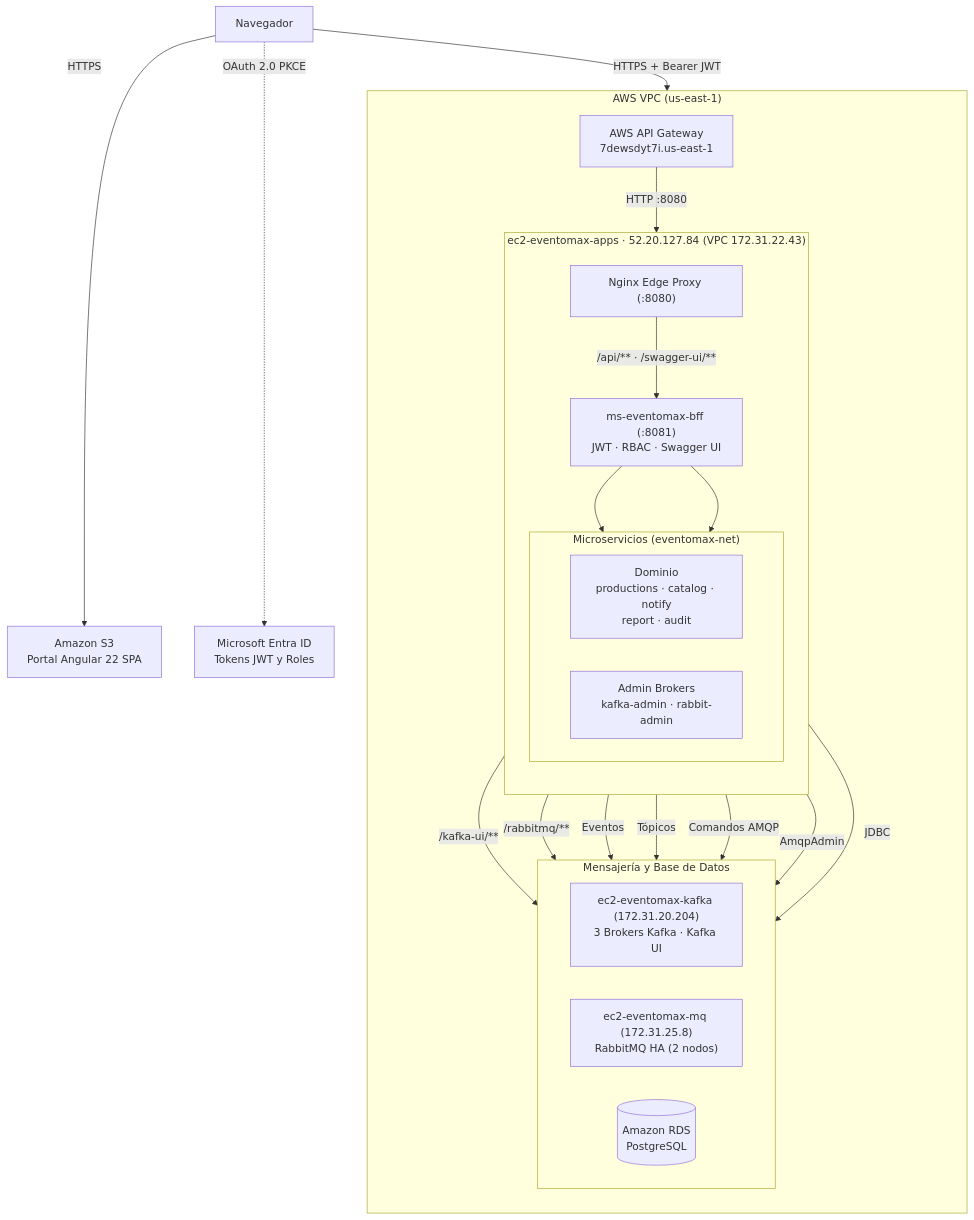
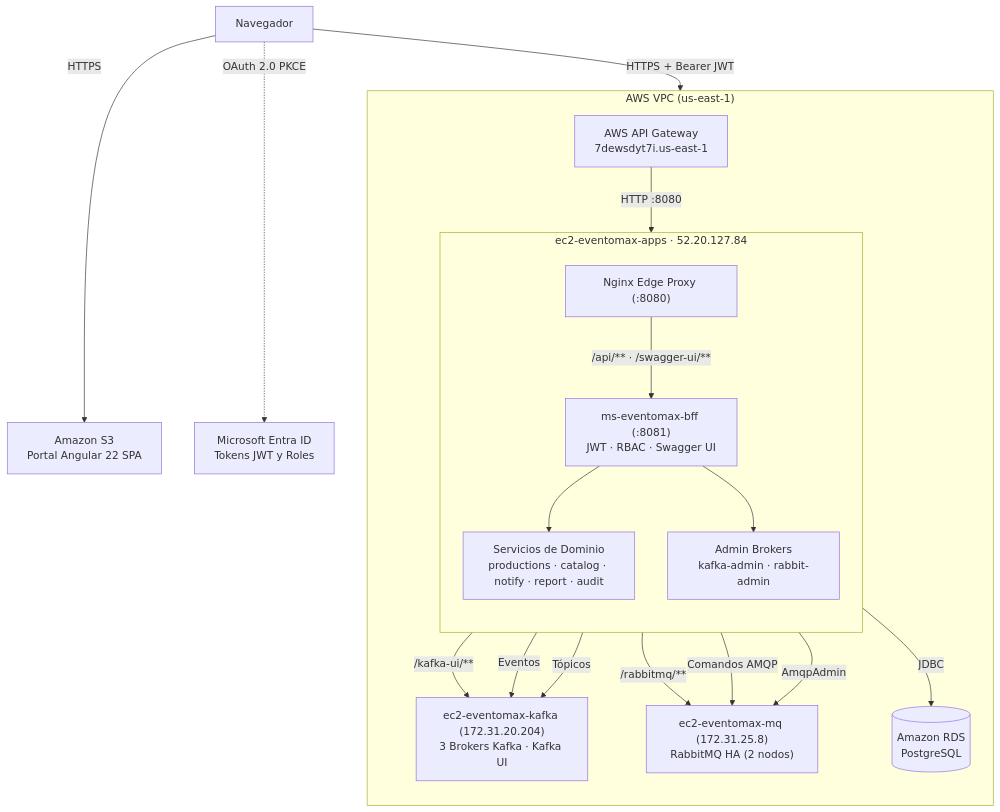
One commit to Nachovn12/frontend-eventomax changed the diagram in README.md. Above: the diagram before and after it, drawn with Mermaid. The commit also changed other lines of this file and 1 other file, not shown here.

Commit message:
docs(readme): fix Kafka icon dark-mode contrast and flatten Mermaid VPC layers

````diff
--- a/README.md
+++ b/README.md
@@ -90,45 +95,38 @@
 ```mermaid
 flowchart TB
     User["Navegador"]
 
     User -->|HTTPS| S3["Amazon S3<br/>Portal Angular 22 SPA"]
     User -.->|OAuth 2.0 PKCE| Entra["Microsoft Entra ID<br/>Tokens JWT y Roles"]
     User -->|HTTPS + Bearer JWT| APIGW["AWS API Gateway<br/>7dewsdyt7i.us-east-1"]
 
     subgraph VPC["AWS VPC (us-east-1)"]
         direction TB
 
-        subgraph AppsEC2["ec2-eventomax-apps · 52.20.127.84 (VPC 172.31.22.43)"]
+        subgraph AppsEC2["ec2-eventomax-apps · 52.20.127.84"]
             direction TB
             Proxy["Nginx Edge Proxy (:8080)"]
             BFF["ms-eventomax-bff (:8081)<br/>JWT · RBAC · Swagger UI"]
-
-            subgraph Services["Microservicios (eventomax-net)"]
-                direction LR
-                MS["Dominio<br/>productions · catalog · notify<br/>report · audit"]
-                ADM["Admin Brokers<br/>kafka-admin · rabbit-admin"]
-            end
+            MS["Servicios de Dominio<br/>productions · catalog · notify · report · audit"]
+            ADM["Admin Brokers<br/>kafka-admin · rabbit-admin"]
 
             Proxy -->|"/api/** · /swagger-ui/**"| BFF
             BFF --> MS
             BFF --> ADM
         end
 
         APIGW -->|HTTP :8080| Proxy
 
-        subgraph DataPlane["Mensajería y Base de Datos"]
-            direction LR
-            KafkaEC2["ec2-eventomax-kafka (172.31.20.204)<br/>3 Brokers Kafka · Kafka UI"]
-            MQEC2["ec2-eventomax-mq (172.31.25.8)<br/>RabbitMQ HA (2 nodos)"]
-            RDS[("Amazon RDS<br/>PostgreSQL")]
-        end
+        KafkaEC2["ec2-eventomax-kafka (172.31.20.204)<br/>3 Brokers Kafka · Kafka UI"]
+        MQEC2["ec2-eventomax-mq (172.31.25.8)<br/>RabbitMQ HA (2 nodos)"]
+        RDS[("Amazon RDS<br/>PostgreSQL")]
 
         Proxy -->|"/kafka-ui/**"| KafkaEC2
         Proxy -->|"/rabbitmq/**"| MQEC2
         MS -->|Eventos| KafkaEC2
         ADM -->|Tópicos| KafkaEC2
         MS -->|Comandos AMQP| MQEC2
         ADM -->|AmqpAdmin| MQEC2
         MS -->|JDBC| RDS
     end
 ```
````
